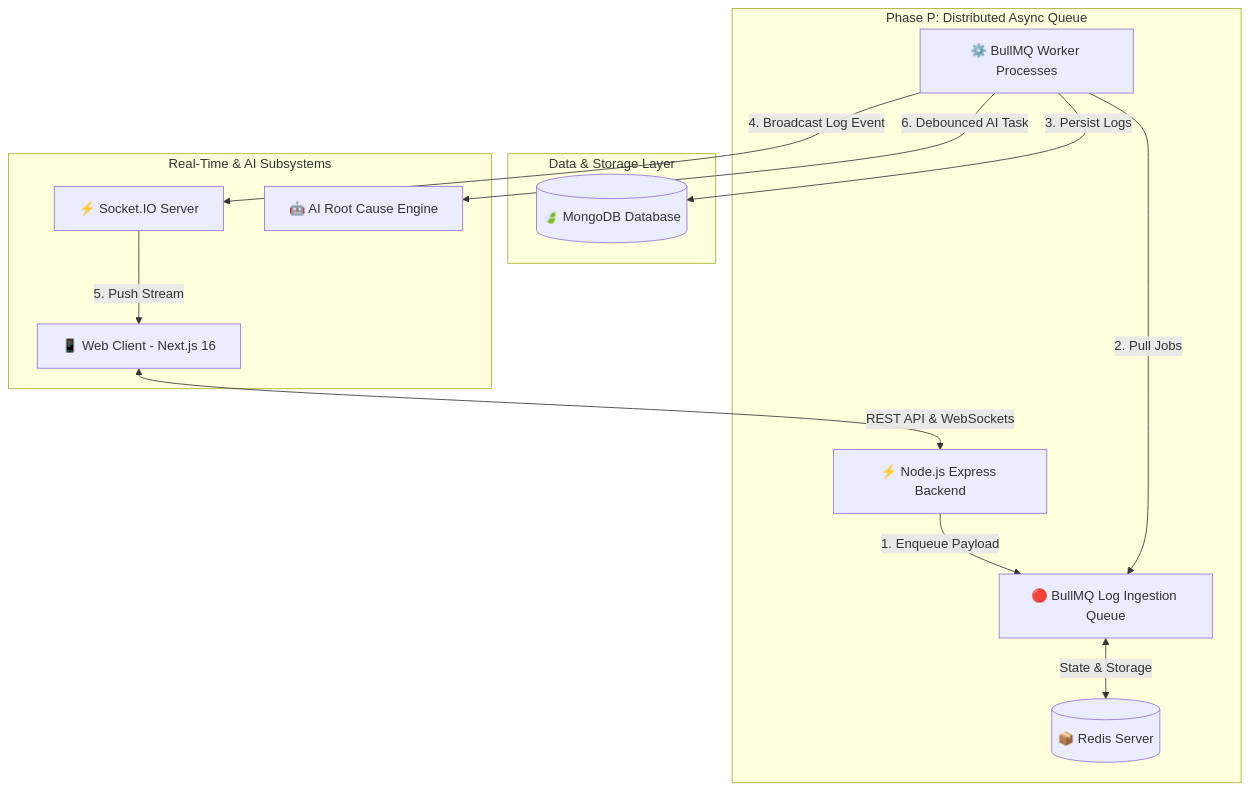
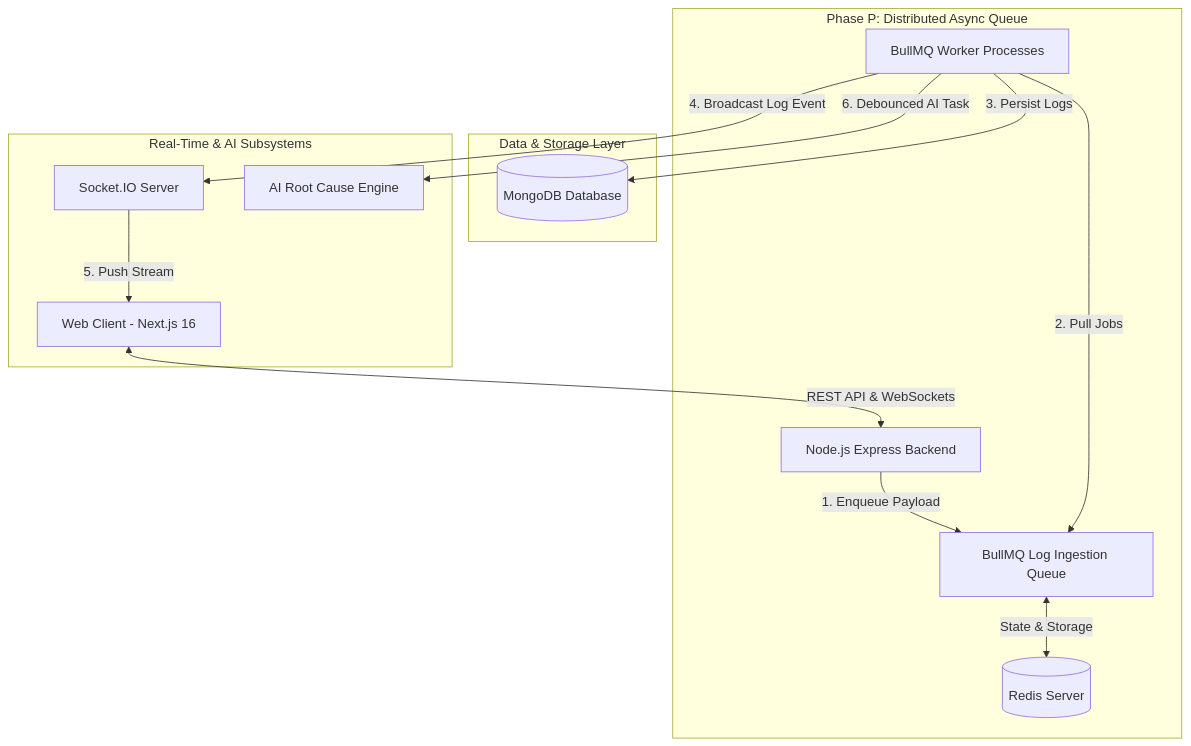
One commit to Tharun-Varshan-S/untitled changed the first of 2 diagrams in README.md. Above: the diagram before and after it, drawn with Mermaid. The commit also changed other lines of this file, not shown here.

````diff
--- a/README.md
+++ b/README.md
@@ -29,20 +29,20 @@
 ```mermaid
 graph TD
-    Client[📱 Web Client - Next.js 16] <-->|REST API & WebSockets| Gateway[⚡ Node.js Express Backend]
+    Client[Web Client - Next.js 16] <-->|REST API & WebSockets| Gateway[Node.js Express Backend]
     
     subgraph Ingestion & Queue Pipeline [Phase P: Distributed Async Queue]
-        Gateway -->|1. Enqueue Payload| Queue[🔴 BullMQ Log Ingestion Queue]
-        Queue <-->|State & Storage| Redis[(📦 Redis Server)]
-        Worker[⚙️ BullMQ Worker Processes] -->|2. Pull Jobs| Queue
+        Gateway -->|1. Enqueue Payload| Queue[BullMQ Log Ingestion Queue]
+        Queue <-->|State & Storage| Redis[(Redis Server)]
+        Worker[BullMQ Worker Processes] -->|2. Pull Jobs| Queue
     end
     
     subgraph Data & Storage Layer
-        Worker -->|3. Persist Logs| Mongo[(🍃 MongoDB Database)]
+        Worker -->|3. Persist Logs| Mongo[(MongoDB Database)]
     end
     
     subgraph Real-Time & AI Subsystems
-        Worker -->|4. Broadcast Log Event| Socket[⚡ Socket.IO Server]
+        Worker -->|4. Broadcast Log Event| Socket[Socket.IO Server]
         Socket -->|5. Push Stream| Client
-        Worker -->|6. Debounced AI Task| AI[🤖 AI Root Cause Engine]
+        Worker -->|6. Debounced AI Task| AI[AI Root Cause Engine]
     end
 ```
````
